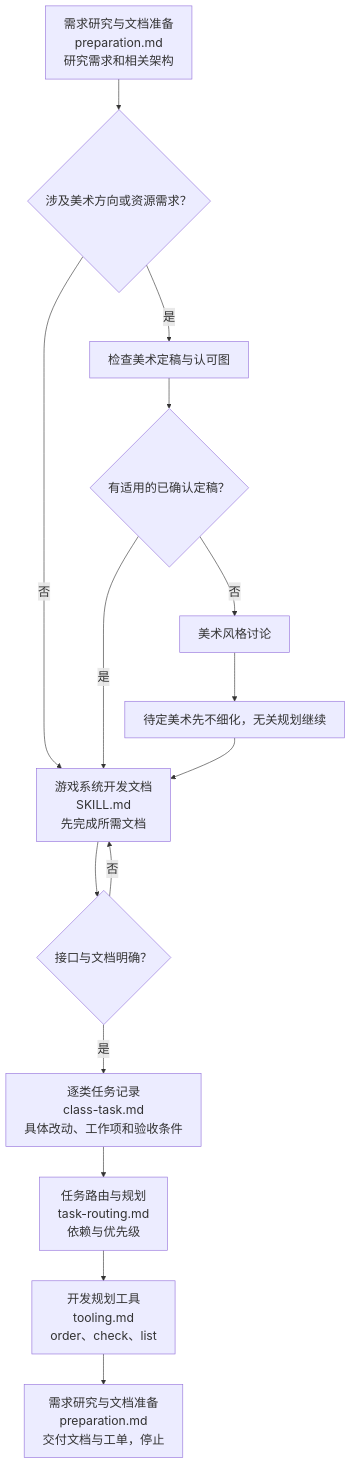
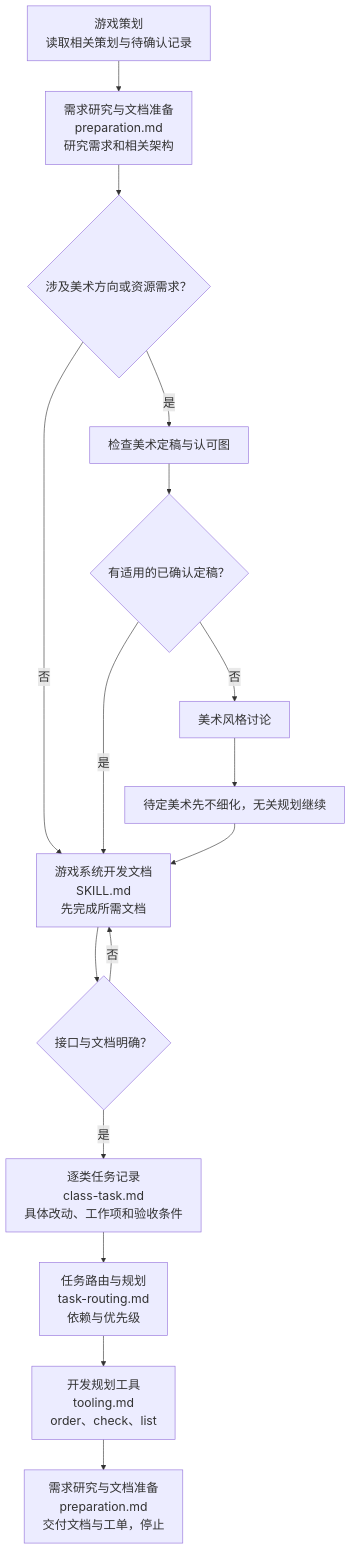
Before and after one commit to 229196637/game-development-skills: the diagram in game-system-development-planning/SKILL.md, drawn with Mermaid. The commit also changed 23 other files, not shown here.

Commit message:
feat: add game system design discussion skill and reader navigation

````diff
--- a/game-system-development-planning/SKILL.md
+++ b/game-system-development-planning/SKILL.md
@@ -18,26 +18,28 @@
 ```mermaid
 %%{init: {"themeVariables": {"fontSize": "20px"}, "flowchart": {"wrappingWidth": 340}}}%%
 flowchart TD
+  Design["游戏策划<br/>读取相关策划与待确认记录"] --> Research
   Research["需求研究与文档准备<br/>preparation.md<br/>研究需求和相关架构"] --> ArtNeed{涉及美术方向或资源需求？}
   ArtNeed -->|否| Docs["游戏系统开发文档<br/>SKILL.md<br/>先完成所需文档"]
   ArtNeed -->|是| Direction[检查美术定稿与认可图]
   Direction --> ArtReady{有适用的已确认定稿？}
   ArtReady -->|是| Docs
   ArtReady -->|否| ArtTalk[美术风格讨论]
   ArtTalk --> Split[待定美术先不细化，无关规划继续]
   Split --> Docs
   Docs --> Ready{"接口与文档明确？"}
   Ready -->|否| Docs
   Ready -->|是| Task["逐类任务记录<br/>class-task.md<br/>具体改动、工作项和验收条件"]
   Task --> Route["任务路由与规划<br/>task-routing.md<br/>依赖与优先级"]
   Route --> Check["开发规划工具<br/>tooling.md<br/>order、check、list"]
   Check --> Deliver["需求研究与文档准备<br/>preparation.md<br/>交付文档与工单，停止"]
   click Research "references/workflows/preparation.md"
+  click Design "../game-system-design/SKILL.md"
   click Direction "../game-art-style-discussion/references/tooling.md"
   click ArtTalk "../game-art-style-discussion/SKILL.md"
   click Docs "../game-system-development-documentation/SKILL.md"
   click Task "references/contracts/class-task.md"
   click Route "references/workflows/task-routing.md"
   click Check "references/tooling.md"
   click Deliver "references/workflows/preparation.md"
 ```
````
